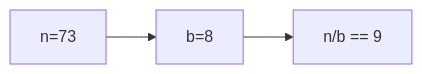
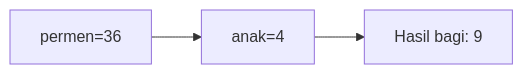
The first of 25 diagrams in part-c-pemahaman-cpp/01-tipe-data/latihan/set-06.md (amnahwaida/OSNK_INF_PREP), drawn with Mermaid before and after one commit. The commit also changed other lines of this file and 71 other files, not shown here.

````diff
--- a/part-c-pemahaman-cpp/01-tipe-data/latihan/set-06.md
+++ b/part-c-pemahaman-cpp/01-tipe-data/latihan/set-06.md
@@ -21,5 +22,5 @@
 ```mermaid
 graph LR
-A["n=73"] --> B["b=8"]
-B --> C["n/b == 9"]
+A["permen=36"] --> B["anak=4"]
+B --> C["Hasil bagi: 9"]
 ```
````
